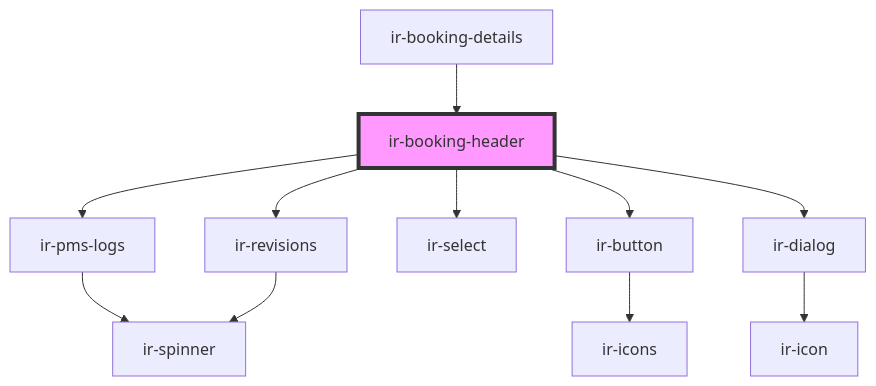
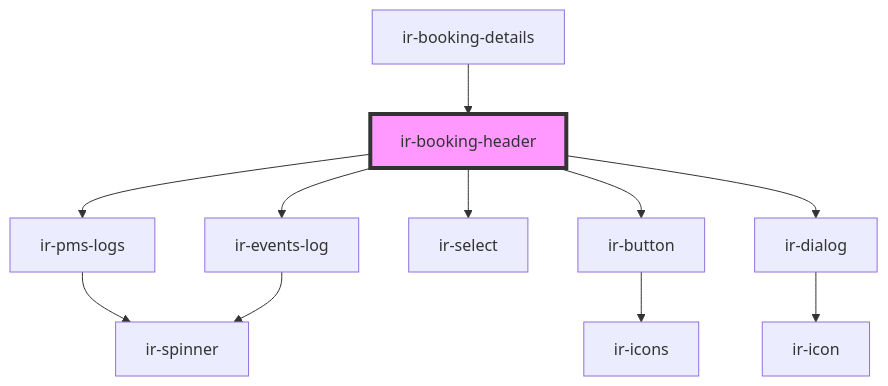
One commit to David1Chowaifaty/modified-ir-webcmp changed the diagram in src/components/ir-booking-details/ir-booking-header/readme.md. Above: the diagram before and after it, drawn with Mermaid. The commit also changed other lines of this file and 44 other files, not shown here.

````diff
--- a/src/components/ir-booking-details/ir-booking-header/readme.md
+++ b/src/components/ir-booking-details/ir-booking-header/readme.md
@@ -45,14 +45,14 @@
 ```mermaid
 graph TD;
   ir-booking-header --> ir-pms-logs
-  ir-booking-header --> ir-revisions
+  ir-booking-header --> ir-events-log
   ir-booking-header --> ir-select
   ir-booking-header --> ir-button
   ir-booking-header --> ir-dialog
   ir-pms-logs --> ir-spinner
-  ir-revisions --> ir-spinner
+  ir-events-log --> ir-spinner
   ir-button --> ir-icons
   ir-dialog --> ir-icon
   ir-booking-details --> ir-booking-header
   style ir-booking-header fill:#f9f,stroke:#333,stroke-width:4px
 ```
````
